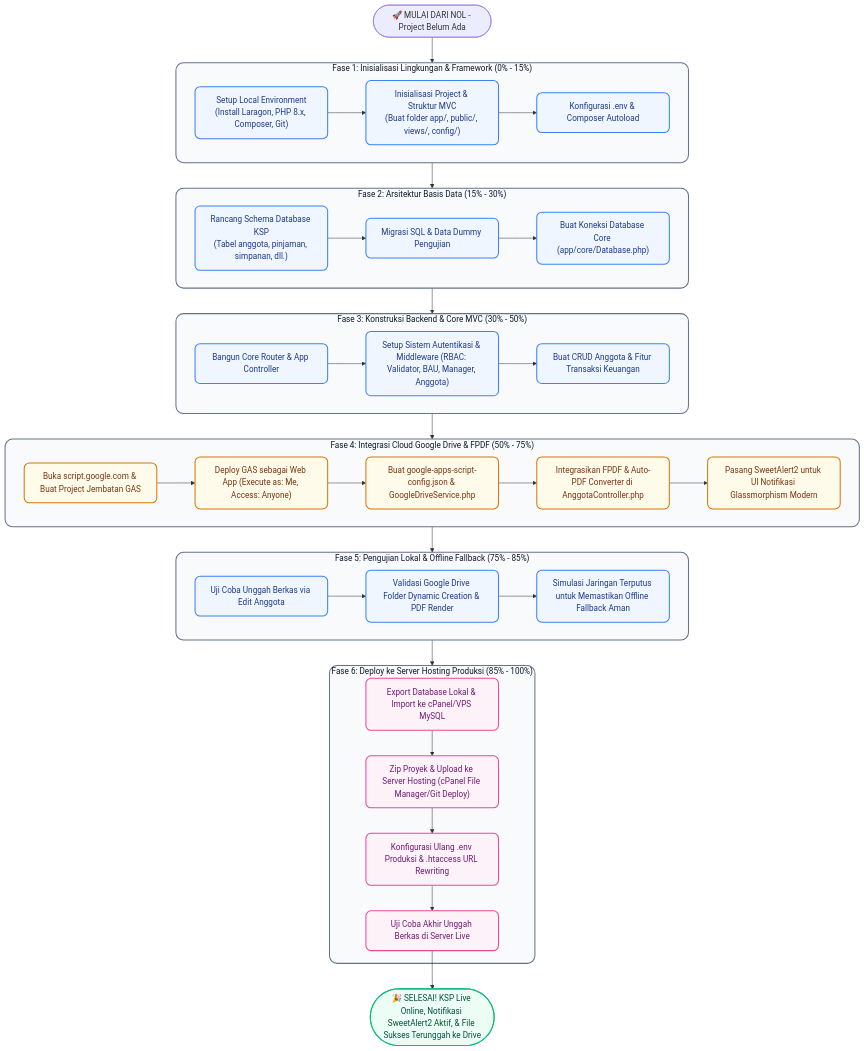
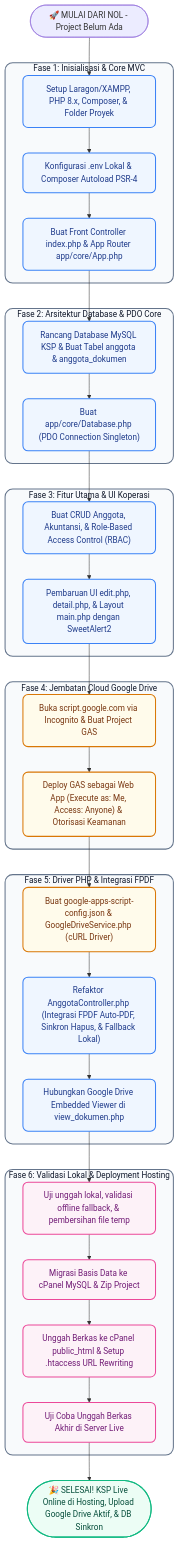
Before and after one commit to useripx/KSP_Harapan_Mulya: the second of 2 diagrams in request/drive/proses_rapi.md, drawn with Mermaid. The commit also changed other lines of this file, not shown here.

Commit message:
docs: expand drive setup flowchart to show full SDLC from zero to cpanel upload

````diff
--- a/request/drive/proses_rapi.md
+++ b/request/drive/proses_rapi.md
@@ -12,78 +245,66 @@
 ```mermaid
 flowchart TD
     %% Styling
     classDef phase fill:#f8fafc,stroke:#64748b,stroke-width:2px,color:#0f172a,rx:15px,ry:15px;
     classDef step fill:#eff6ff,stroke:#3b82f6,stroke-width:2px,color:#1e3a8a,rx:10px,ry:10px;
     classDef gas fill:#fffbeb,stroke:#d97706,stroke-width:2px,color:#78350f,rx:10px,ry:10px;
     classDef deploy fill:#fdf2f8,stroke:#ec4899,stroke-width:2px,color:#701a75,rx:10px,ry:10px;
     classDef keyNode fill:#ecfdf5,stroke:#10b981,stroke-width:2px,color:#064e3b,rx:15px,ry:15px;
 
-    Start([🚀 MULAI DARI NOL - Project Belum Ada]) --> F1
-
-    subgraph F1["Fase 1: Inisialisasi Lingkungan & Framework (0% - 15%)"]
-        Step1_1["Setup Local Environment<br/>(Install Laragon, PHP 8.x, Composer, Git)"]
-        Step1_2["Inisialisasi Project & Struktur MVC<br/>(Buat folder app/, public/, views/, config/)"]
-        Step1_3["Konfigurasi .env & Composer Autoload"]
-        Step1_1 --> Step1_2 --> Step1_3
+    %% Phases
+    subgraph Fase1["Fase 1: Inisialisasi & Core MVC"]
+        Step1["Setup Laragon/XAMPP, PHP 8.x, Composer, & Folder Proyek"]
+        Step2["Konfigurasi .env Lokal & Composer Autoload PSR-4"]
+        Step3["Buat Front Controller index.php & App Router app/core/App.php"]
+        Step1 --> Step2 --> Step3
     end
 
-    F1 --> F2
-
-    subgraph F2["Fase 2: Arsitektur Basis Data (15% - 30%)"]
-        Step2_1["Rancang Schema Database KSP<br/>(Tabel anggota, pinjaman, simpanan, dll.)"]
-        Step2_2["Migrasi SQL & Data Dummy Pengujian"]
-        Step2_3["Buat Koneksi Database Core (app/core/Database.php)"]
-        Step2_1 --> Step2_2 --> Step2_3
+    subgraph Fase2["Fase 2: Arsitektur Database & PDO Core"]
+        Step4["Rancang Database MySQL KSP & Buat Tabel anggota & anggota_dokumen"]
+        Step5["Buat app/core/Database.php (PDO Connection Singleton)"]
+        Step4 --> Step5
     end
 
-    F2 --> F3
-
-    subgraph F3["Fase 3: Konstruksi Backend & Core MVC (30% - 50%)"]
-        Step3_1["Bangun Core Router & App Controller"]
-        Step3_2["Setup Sistem Autentikasi & Middleware (RBAC: Validator, BAU, Manager, Anggota)"]
-        Step3_3["Buat CRUD Anggota & Fitur Transaksi Keuangan"]
-        Step3_1 --> Step3_2 --> Step3_3
+    subgraph Fase3["Fase 3: Fitur Utama & UI Koperasi"]
+        Step6["Buat CRUD Anggota, Akuntansi, & Role-Based Access Control (RBAC)"]
+        Step7["Pembaruan UI edit.php, detail.php, & Layout main.php dengan SweetAlert2"]
+        Step6 --> Step7
     end
 
-    F3 --> F4
-
-    subgraph F4["Fase 4: Integrasi Cloud Google Drive & FPDF (50% - 75%)"]
-        Step4_1["Buka script.google.com & Buat Project Jembatan GAS"]
-        Step4_2["Deploy GAS sebagai Web App (Execute as: Me, Access: Anyone)"]
-        Step4_3["Buat google-apps-script-config.json & GoogleDriveService.php"]
-        Step4_4["Integrasikan FPDF & Auto-PDF Converter di AnggotaController.php"]
-        Step4_5["Pasang SweetAlert2 untuk UI Notifikasi Glassmorphism Modern"]
-        Step4_1 --> Step4_2 --> Step4_3 --> Step4_4 --> Step4_5
+    subgraph Fase4["Fase 4: Jembatan Cloud Google Drive"]
+        Step8["Buka script.google.com via Incognito & Buat Project GAS"]
+        Step9["Deploy GAS sebagai Web App (Execute as: Me, Access: Anyone) & Otorisasi Keamanan"]
+        Step8 --> Step9
     end
 
-    F4 --> F5
-
-    subgraph F5["Fase 5: Pengujian Lokal & Offline Fallback (75% - 85%)"]
-        Step5_1["Uji Coba Unggah Berkas via Edit Anggota"]
-        Step5_2["Validasi Google Drive Folder Dynamic Creation & PDF Render"]
-        Step5_3["Simulasi Jaringan Terputus untuk Memastikan Offline Fallback Aman"]
-        Step5_1 --> Step5_2 --> Step5_3
+    subgraph Fase5["Fase 5: Driver PHP & Integrasi FPDF"]
+        Step10["Buat google-apps-script-config.json & GoogleDriveService.php (cURL Driver)"]
+        Step11["Refaktor AnggotaController.php (Integrasi FPDF Auto-PDF, Sinkron Hapus, & Fallback Lokal)"]
+        Step12["Hubungkan Google Drive Embedded Viewer di view_dokumen.php"]
+        Step10 --> Step11 --> Step12
     end
 
-    F5 --> F6
-
-    subgraph F6["Fase 6: Deploy ke Server Hosting Produksi (85% - 100%)"]
-        Step6_1["Export Database Lokal & Import ke cPanel/VPS MySQL"]
-        Step6_2["Zip Proyek & Upload ke Server Hosting (cPanel File Manager/Git Deploy)"]
-        Step6_3["Konfigurasi Ulang .env Produksi & .htaccess URL Rewriting"]
-        Step6_4["Uji Coba Akhir Unggah Berkas di Server Live"]
-        Step6_1 --> Step6_2 --> Step6_3 --> Step6_4
+    subgraph Fase6["Fase 6: Validasi Lokal & Deployment Hosting"]
+        Step13["Uji unggah lokal, validasi offline fallback, & pembersihan file temp"]
+        Step14["Migrasi Basis Data ke cPanel MySQL & Zip Project"]
+        Step15["Unggah Berkas ke cPanel public_html & Setup .htaccess URL Rewriting"]
+        Step16["Uji Coba Unggah Berkas Akhir di Server Live"]
+        Step13 --> Step14 --> Step15 --> Step16
     end
 
-    Step6_4 --> Success([🎉 SELESAI! KSP Live Online, Notifikasi SweetAlert2 Aktif, & File Sukses Terunggah ke Drive])
+    %% Flow connections
+    Start([🚀 MULAI DARI NOL - Project Belum Ada]) --> Step1
+    Step3 --> Step4
+    Step5 --> Step6
+    Step7 --> Step8
+    Step9 --> Step10
+    Step12 --> Step13
+    Step16 --> Success([🎉 SELESAI! KSP Live Online di Hosting, Upload Google Drive Aktif, & DB Sinkron])
 
-    %% Class Assignment
-    class F1,F2,F3,F4,F5,F6 phase;
-    class Step1_1,Step1_2,Step1_3 step;
-    class Step2_1,Step2_2,Step2_3 step;
-    class Step3_1,Step3_2,Step3_3 step;
-    class Step4_1,Step4_2,Step4_3,Step4_4,Step4_5 gas;
-    class Step5_1,Step5_2,Step5_3 step;
-    class Step6_1,Step6_2,Step6_3,Step6_4 deploy;
+    %% Class assignment
+    class Fase1,Fase2,Fase3,Fase4,Fase5,Fase6 phase;
+    class Step1,Step2,Step3,Step4,Step5,Step6,Step7,Step11,Step12 step;
+    class Step8,Step9,Step10 gas;
+    class Step13,Step14,Step15,Step16 deploy;
     class Success keyNode;
 ```
````
